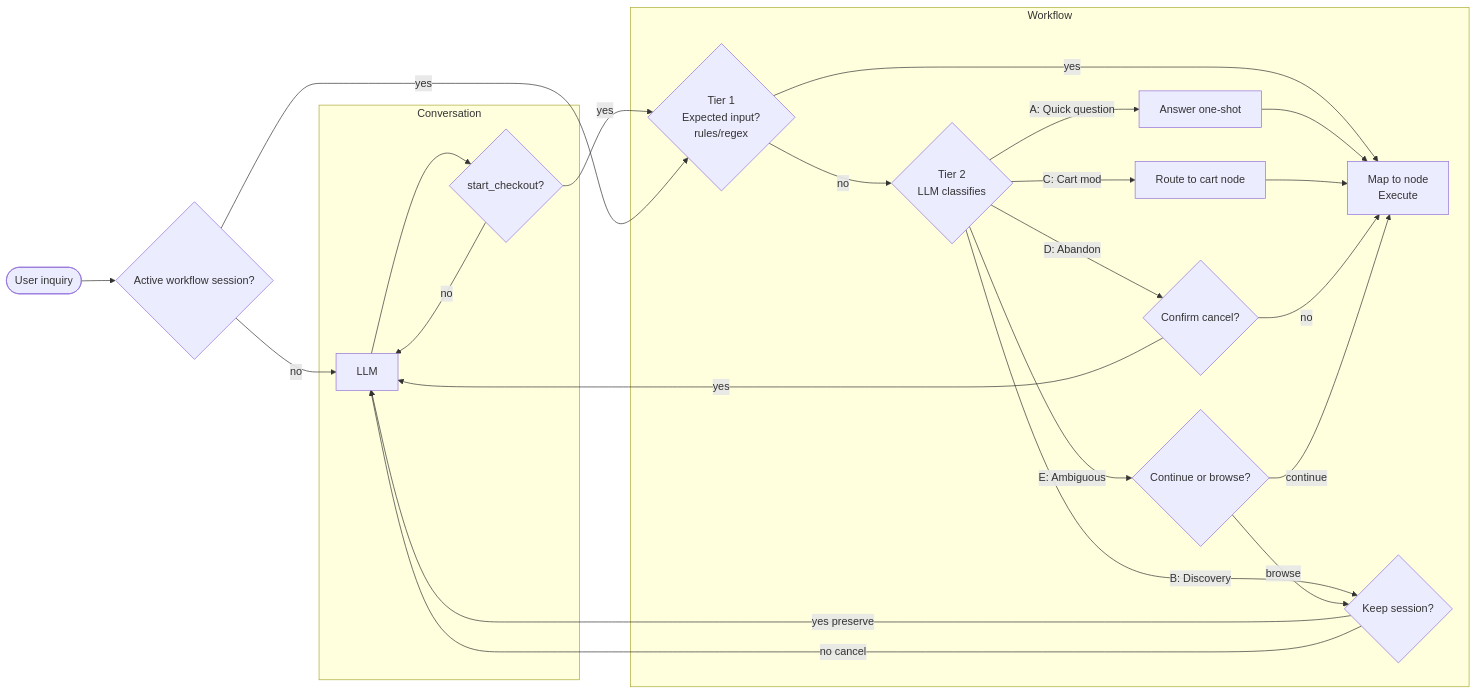
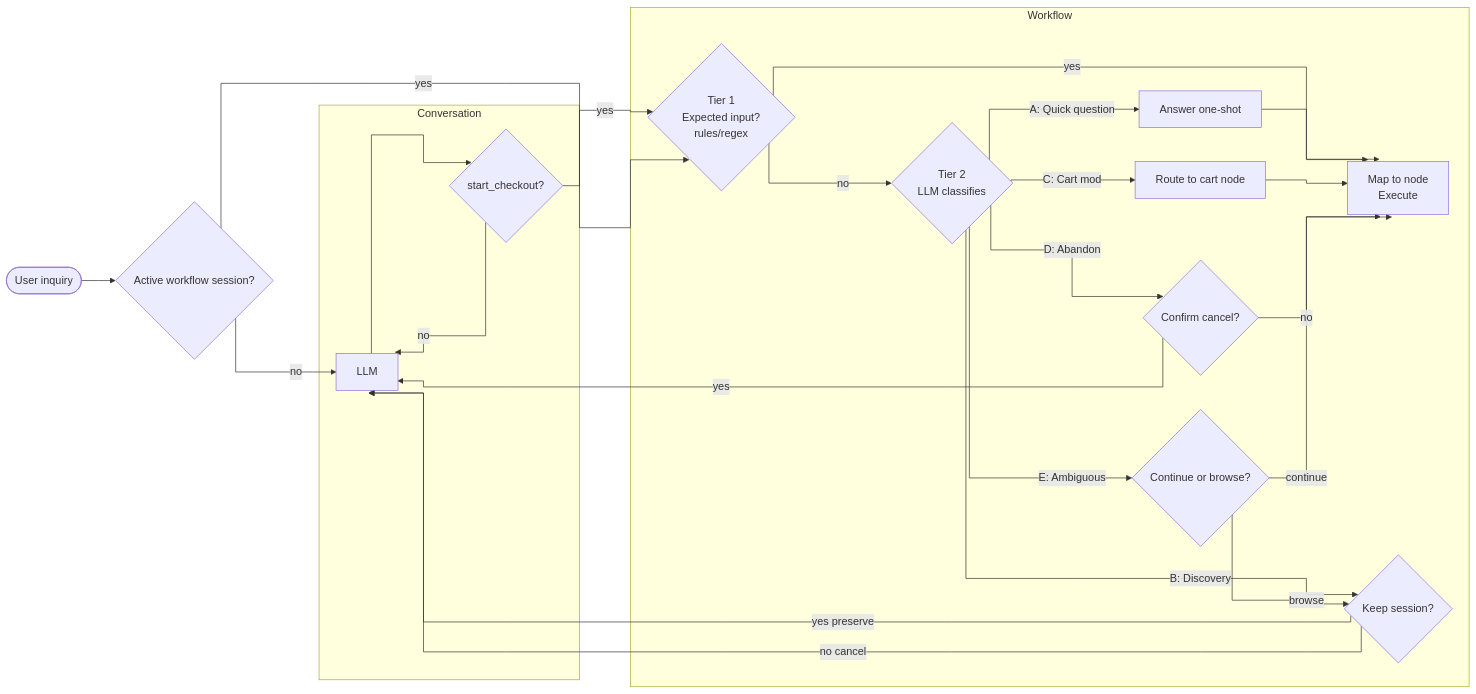
Before and after one commit to zhuohanl/agentic-commerce-protocol-demo: the first of 3 diagrams in understanding/design/orchestrator-design.md, drawn with Mermaid. The commit also changed other lines of this file, not shown here.

````diff
--- a/understanding/design/orchestrator-design.md
+++ b/understanding/design/orchestrator-design.md
@@ -66,40 +66,41 @@
 ```mermaid
+%%{init: {'flowchart': {'curve': 'stepBefore'}}}%%
 flowchart LR
 
 A([User inquiry]) --> B{Active workflow session?}
 
 %% NO PATH
 B -- no --> F
 
 subgraph Conversation
 F[LLM] --> G{start_checkout?}
 G -- no --> F
 end
 
 G -- yes --> C
 
 %% YES PATH
 B -- yes --> C
 
 subgraph Workflow
 C{Tier 1<br/>Expected input?<br/>rules/regex}
 C -- yes --> D[Map to node<br/>Execute]
 C -- no --> E{Tier 2<br/>LLM classifies}
 
 E -- A: Quick question --> QA[Answer one-shot]
 E -- B: Discovery --> KB{Keep session?}
 E -- C: Cart mod --> CM[Route to cart node]
 E -- D: Abandon --> AB{Confirm cancel?}
 E -- E: Ambiguous --> AM{Continue or browse?}
 end
 
 QA --> D
 CM --> D
 AB -- no --> D
 AM -- continue --> D
 
 KB -- yes preserve --> F
 KB -- no cancel --> F
 AB -- yes --> F
 AM -- browse --> KB
 ```
````
